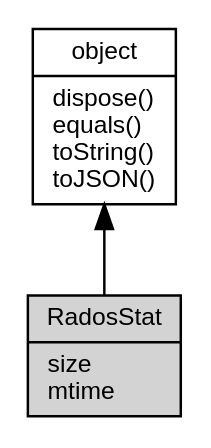
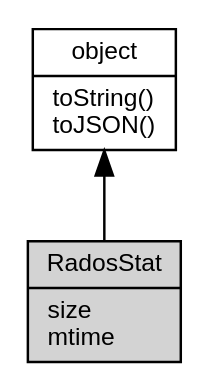
One commit to asionius/fibjs-ceph changed the diagram in docs/object/ifs/RadosStat.md. Above: the diagram before and after it, drawn with Graphviz. The commit also changed other lines of this file and 138 other files, not shown here.

````diff
--- a/docs/object/ifs/RadosStat.md
+++ b/docs/object/ifs/RadosStat.md
@@ -16,10 +16,10 @@
 ```dot
 digraph {
     node [fontname="Helvetica,sans-Serif", fontsize=10, shape="record", style="filled", fillcolor="white"];
 
-    object [tooltip="object", URL="object.md", label="{object|dispose()\lequals()\ltoString()\ltoJSON()\l}"];
-    RadosStat [tooltip="RadosStat", fillcolor="lightgray", label="{RadosStat|size\lmtime\l}"];
+    object [tooltip="object", URL="object.md", label="{object|toString()\ltoJSON()\l}"];
+    RadosStat [tooltip="RadosStat", fillcolor="lightgray", id="me", label="{RadosStat|size\lmtime\l}"];
 
     object -> RadosStat [dir=back];
 }
 ```
````
